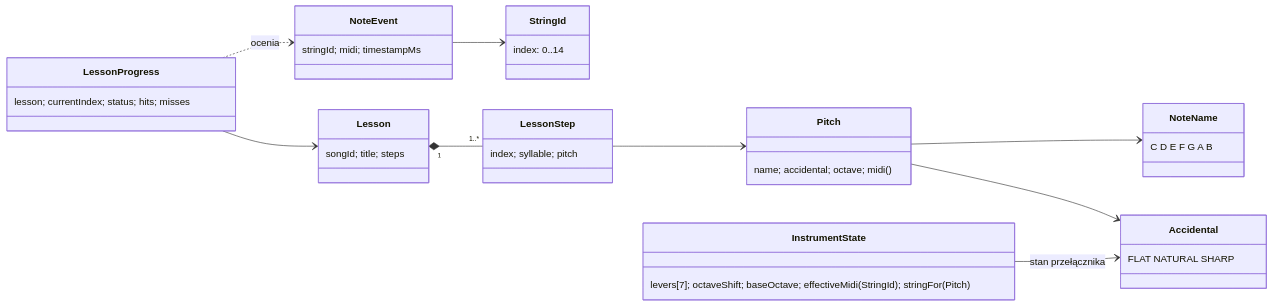
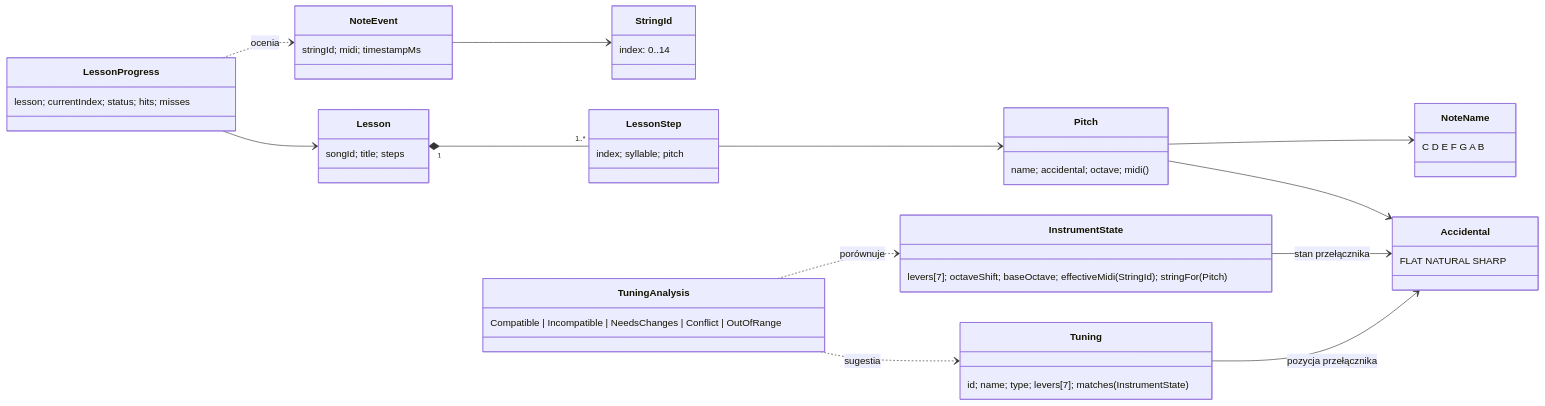
Before and after one commit to emnealyn/HARFA: the diagram in docs/domain-model.md, drawn with Mermaid. The commit also changed other lines of this file and 9 other files, not shown here.

````diff
--- a/docs/domain-model.md
+++ b/docs/domain-model.md
@@ -24,22 +24,27 @@
 ```mermaid
 classDiagram
     direction LR
     class StringId { index: 0..14 }
     class NoteName { C D E F G A B }
     class Accidental { FLAT NATURAL SHARP }
     class Pitch { name; accidental; octave; midi() }
     class InstrumentState { levers[7]; octaveShift; baseOctave; effectiveMidi(StringId); stringFor(Pitch) }
     class NoteEvent { stringId; midi; timestampMs }
     class Lesson { songId; title; steps }
     class LessonStep { index; syllable; pitch }
     class LessonProgress { lesson; currentIndex; status; hits; misses }
+    class Tuning { id; name; type; levers[7]; matches(InstrumentState) }
+    class TuningAnalysis { Compatible | Incompatible | NeedsChanges | Conflict | OutOfRange }
 
     Pitch --> NoteName
     Pitch --> Accidental
     InstrumentState --> Accidental : stan przełącznika
     NoteEvent --> StringId
     Lesson "1" *-- "1..*" LessonStep
     LessonStep --> Pitch
     LessonProgress --> Lesson
     LessonProgress ..> NoteEvent : ocenia
+    Tuning --> Accidental : pozycja przełącznika
+    TuningAnalysis ..> InstrumentState : porównuje
+    TuningAnalysis ..> Tuning : sugestia
 ```
````
